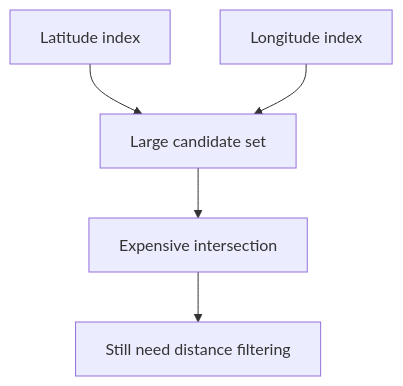
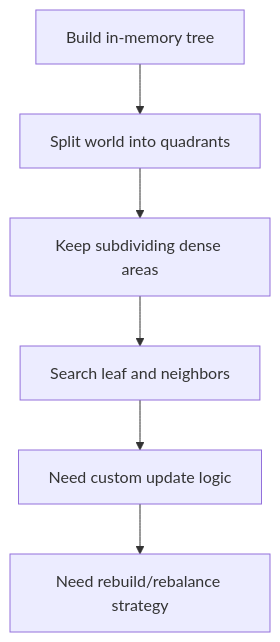
The seventh of 17 diagrams in HLD_NOTES/004_INTERVIEW_PROBLEMS/013_proximity_service_visual_notes.md (mthaiseer/springcloud-systemdesign-notes), drawn with Mermaid before and after one commit. The commit also changed other lines of this file and 1 other file, not shown here.

````diff
--- a/HLD_NOTES/004_INTERVIEW_PROBLEMS/013_proximity_service_visual_notes.md
+++ b/HLD_NOTES/004_INTERVIEW_PROBLEMS/013_proximity_service_visual_notes.md
@@ -200,7 +312,8 @@
 ```mermaid
 flowchart TB
-    A[Latitude index] --> C[Large candidate set]
-    B[Longitude index] --> C
-    C --> D[Expensive intersection]
-    D --> E[Still need distance filtering]
+    A[Build in-memory tree] --> B[Split world into quadrants]
+    B --> C[Keep subdividing dense areas]
+    C --> D[Search leaf and neighbors]
+    D --> E[Need custom update logic]
+    E --> F[Need rebuild/rebalance strategy]
 ```
````
